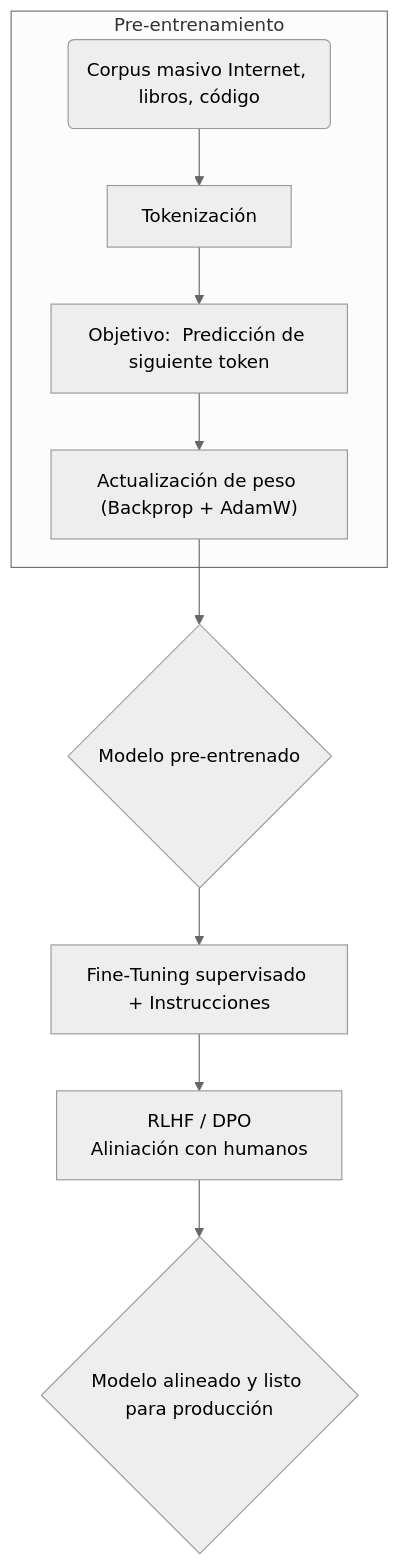
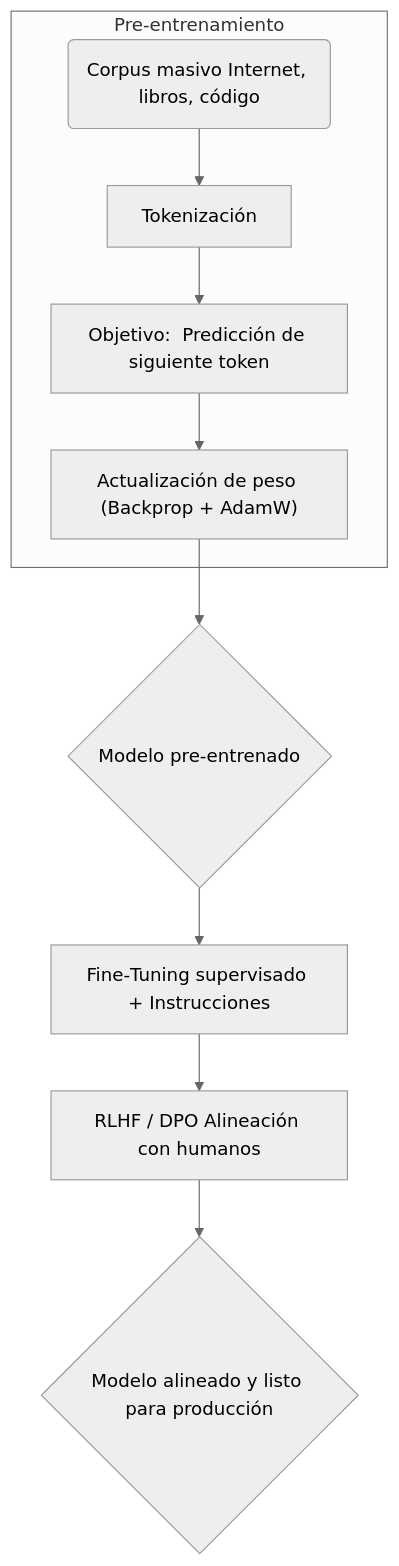
Before and after one commit to infosails/clase-bk: the third of 5 diagrams in docs/llms.md, drawn with Mermaid (neutral theme). The commit also changed other lines of this file, not shown here.

````diff
--- a/docs/llms.md
+++ b/docs/llms.md
@@ -76,12 +76,12 @@
 ```mermaid
 flowchart TD
   subgraph Pre-entrenamiento
     A1(Corpus masivo Internet, libros, código) --> A2[Tokenización]
     A2 --> A3[Objetivo:  Predicción de siguiente token]
     A3 --> A4["Actualización de peso (Backprop + AdamW)"]
   end
   A4 --> B1{Modelo pre‑entrenado}
   B1 --> C1[Fine‑Tuning supervisado + Instrucciones]
-  C1 --> C2[RLHF / DPO\nAliniación con humanos]
+  C1 --> C2[RLHF / DPO Alineación con humanos]
   C2 --> D1{Modelo alineado y listo para producción}
 ```
````
